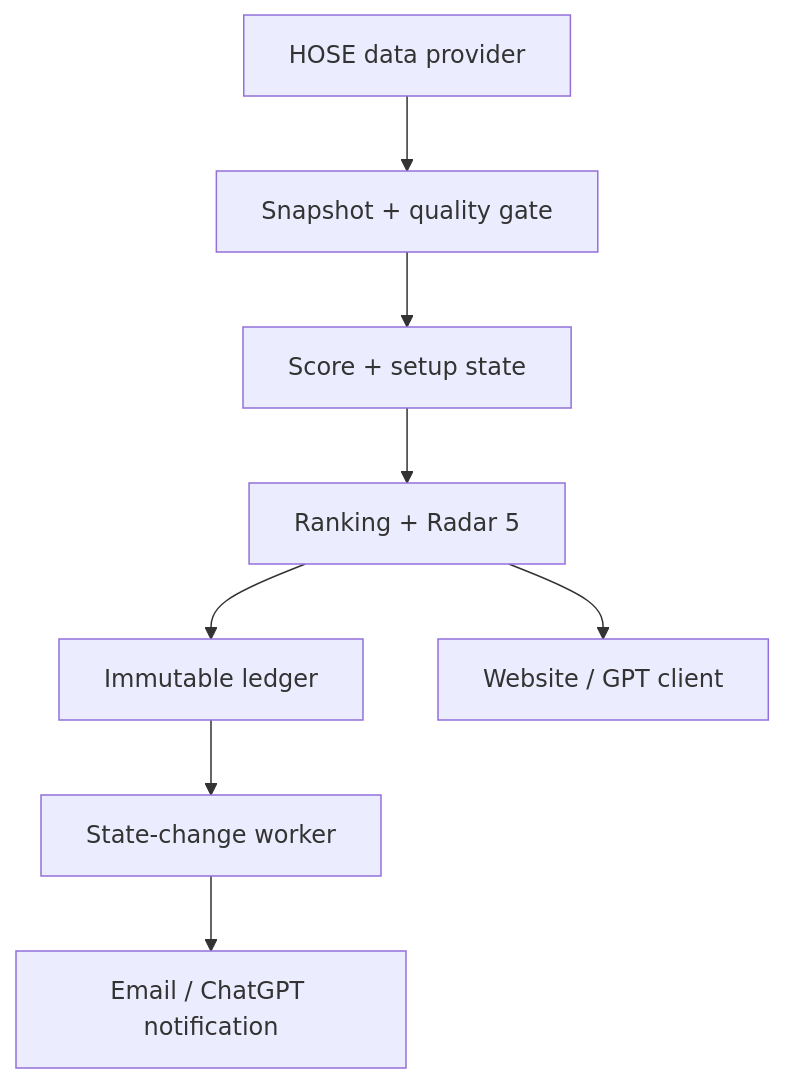
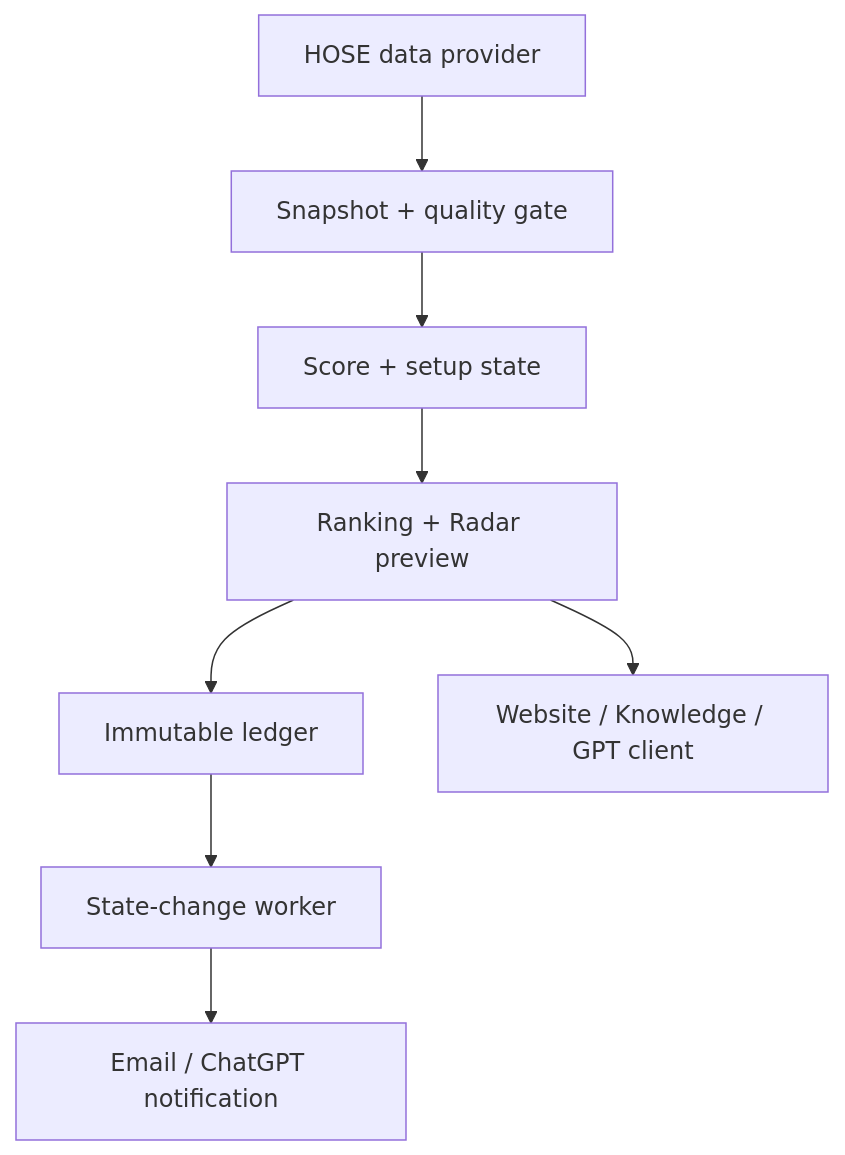
The diagram in docs/ARCHITECTURE.md (nguyenlinhns-arch/stockradar), drawn with Mermaid before and after one commit. The commit also changed other lines of this file and 33 other files, not shown here.

````diff
--- a/docs/ARCHITECTURE.md
+++ b/docs/ARCHITECTURE.md
@@ -3,10 +3,10 @@
 ```mermaid
 flowchart TD
     A["HOSE data provider"] --> B["Snapshot + quality gate"]
     B --> C["Score + setup state"]
-    C --> D["Ranking + Radar 5"]
+    C --> D["Ranking + Radar preview"]
     D --> E["Immutable ledger"]
-    D --> F["Website / GPT client"]
+    D --> F["Website / Knowledge / GPT client"]
     E --> G["State-change worker"]
     G --> H["Email / ChatGPT notification"]
 ```
````
